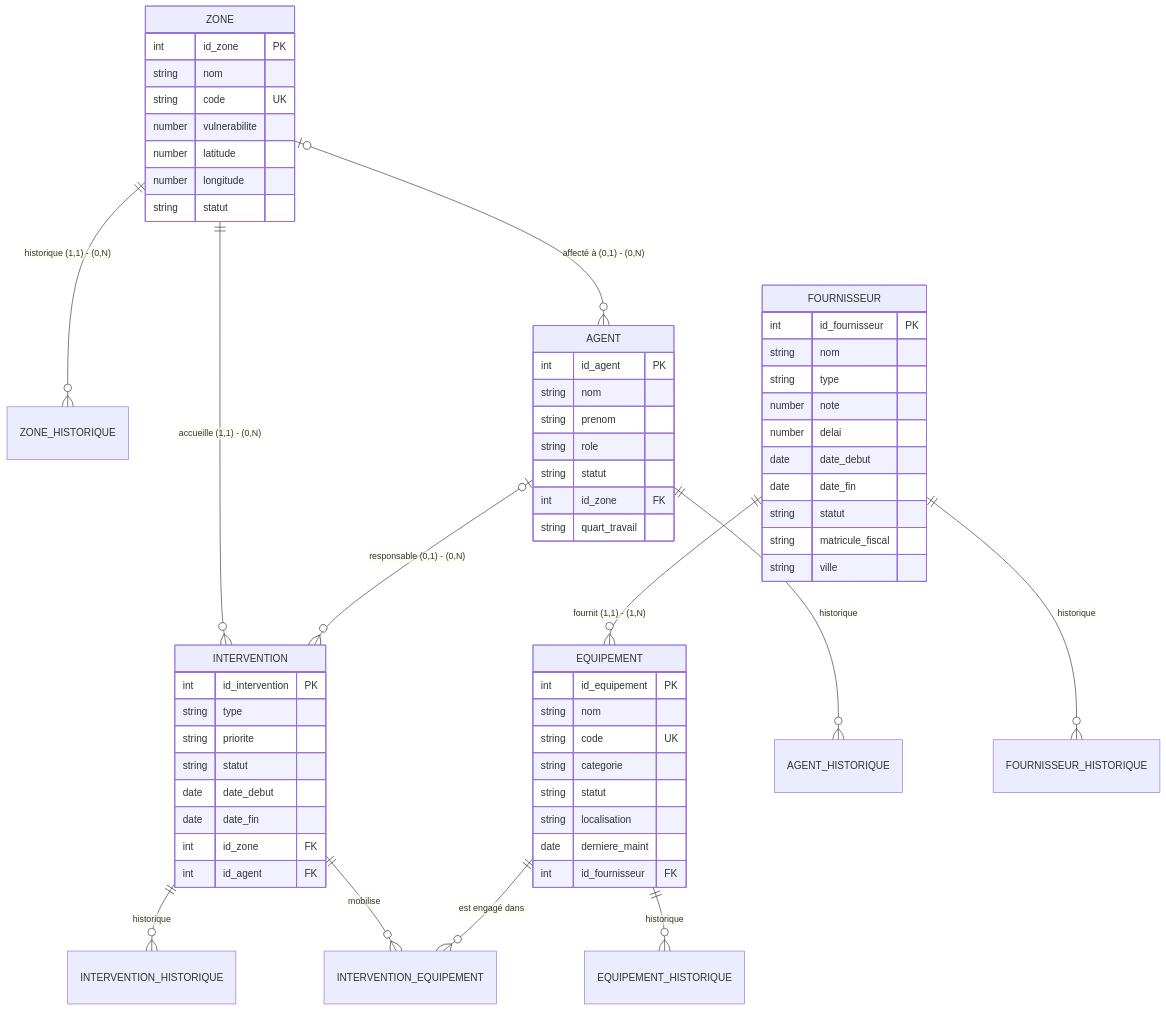
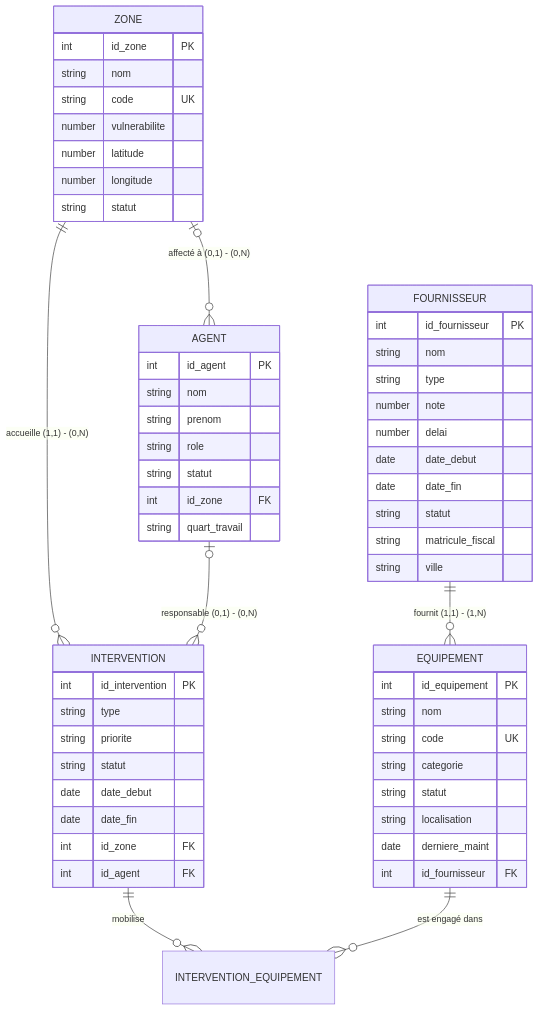
The diagram in docs/MODELE_DONNEES.md (AwebWing/Project-meteo), drawn with Mermaid before and after one commit. The commit also changed other lines of this file and 26 other files, not shown here.

````diff
--- a/docs/MODELE_DONNEES.md
+++ b/docs/MODELE_DONNEES.md
@@ -8,65 +8,60 @@
 ```mermaid
 erDiagram
-    ZONE ||--o{ ZONE_HISTORIQUE : "historique (1,1) - (0,N)"
     ZONE ||--o{ INTERVENTION : "accueille (1,1) - (0,N)"
     ZONE |o--o{ AGENT : "affecté à (0,1) - (0,N)"
     AGENT |o--o{ INTERVENTION : "responsable (0,1) - (0,N)"
-    INTERVENTION ||--o{ INTERVENTION_HISTORIQUE : "historique"
     INTERVENTION ||--o{ INTERVENTION_EQUIPEMENT : "mobilise"
     EQUIPEMENT ||--o{ INTERVENTION_EQUIPEMENT : "est engagé dans"
     FOURNISSEUR ||--o{ EQUIPEMENT : "fournit (1,1) - (1,N)"
-    EQUIPEMENT ||--o{ EQUIPEMENT_HISTORIQUE : "historique"
-    AGENT ||--o{ AGENT_HISTORIQUE : "historique"
-    FOURNISSEUR ||--o{ FOURNISSEUR_HISTORIQUE : "historique"
 
     ZONE {
         int    id_zone PK
         string nom
         string code UK
         number vulnerabilite
         number latitude
         number longitude
         string statut
     }
     EQUIPEMENT {
         int    id_equipement PK
         string nom
         string code UK
         string categorie
         string statut
         string localisation
         date   derniere_maint
         int    id_fournisseur FK
     }
     AGENT {
         int    id_agent PK
         string nom
         string prenom
         string role
         string statut
         int    id_zone FK
         string quart_travail
     }
     INTERVENTION {
         int    id_intervention PK
         string type
         string priorite
         string statut
         date   date_debut
         date   date_fin
         int    id_zone FK
         int    id_agent FK
     }
     FOURNISSEUR {
         int    id_fournisseur PK
         string nom
         string type
         number note
         number delai
         date   date_debut
         date   date_fin
         string statut
         string matricule_fiscal
         string ville
     }
 ```
````
